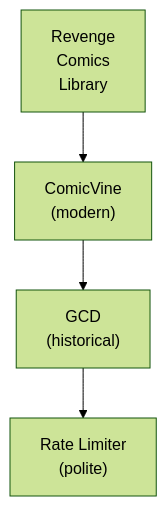
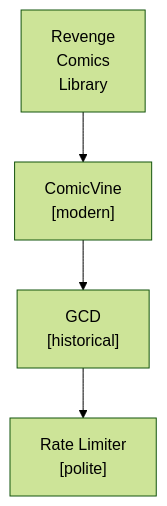
One commit to lusoris/revenge changed the diagram in docs/dev/design/integrations/metadata/comics/GRAND_COMICS_DATABASE.md. Above: the diagram before and after it, drawn with Mermaid (forest theme). The commit also changed 194 other files, not shown here.

First line of the commit message:
fix(docs): Escape parentheses in Mermaid labels to prevent parse errors

````diff
--- a/docs/dev/design/integrations/metadata/comics/GRAND_COMICS_DATABASE.md
+++ b/docs/dev/design/integrations/metadata/comics/GRAND_COMICS_DATABASE.md
@@ -57,10 +57,10 @@
 ```mermaid
 flowchart TD
     node1["Revenge<br/>Comics<br/>Library"]
-    node2["ComicVine<br/>(modern)"]
-    node3["GCD<br/>(historical)"]
-    node4["Rate Limiter<br/>(polite)"]
+    node2["ComicVine<br/>[modern]"]
+    node3["GCD<br/>[historical]"]
+    node4["Rate Limiter<br/>[polite]"]
     node2 --> node3
     node1 --> node2
     node3 --> node4
 ```
````
